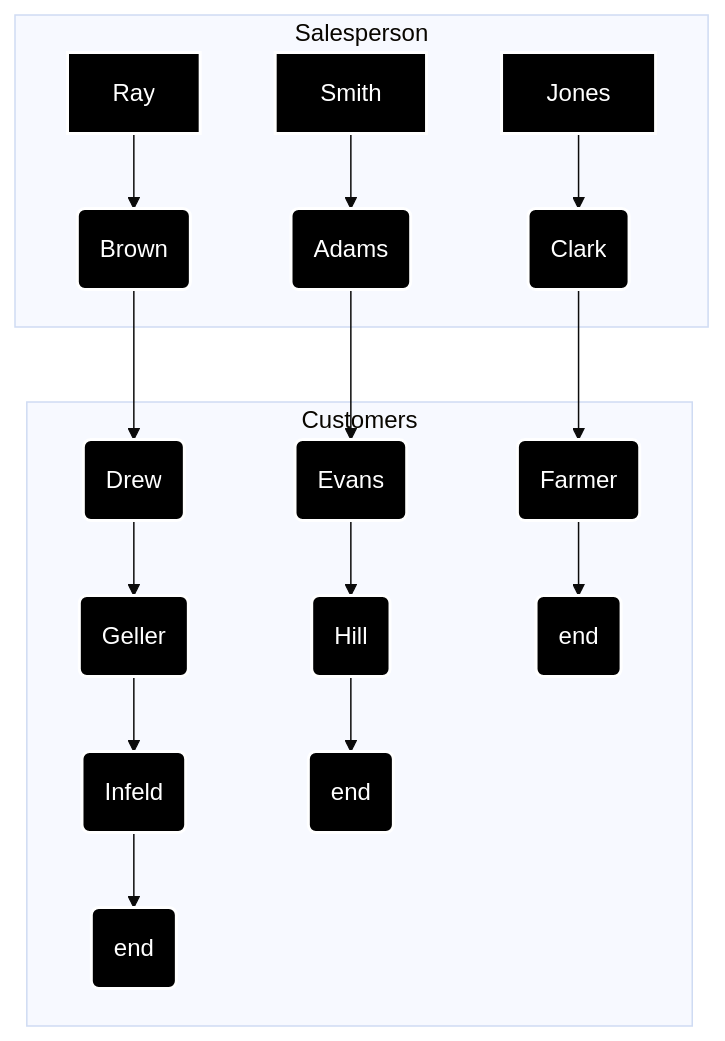
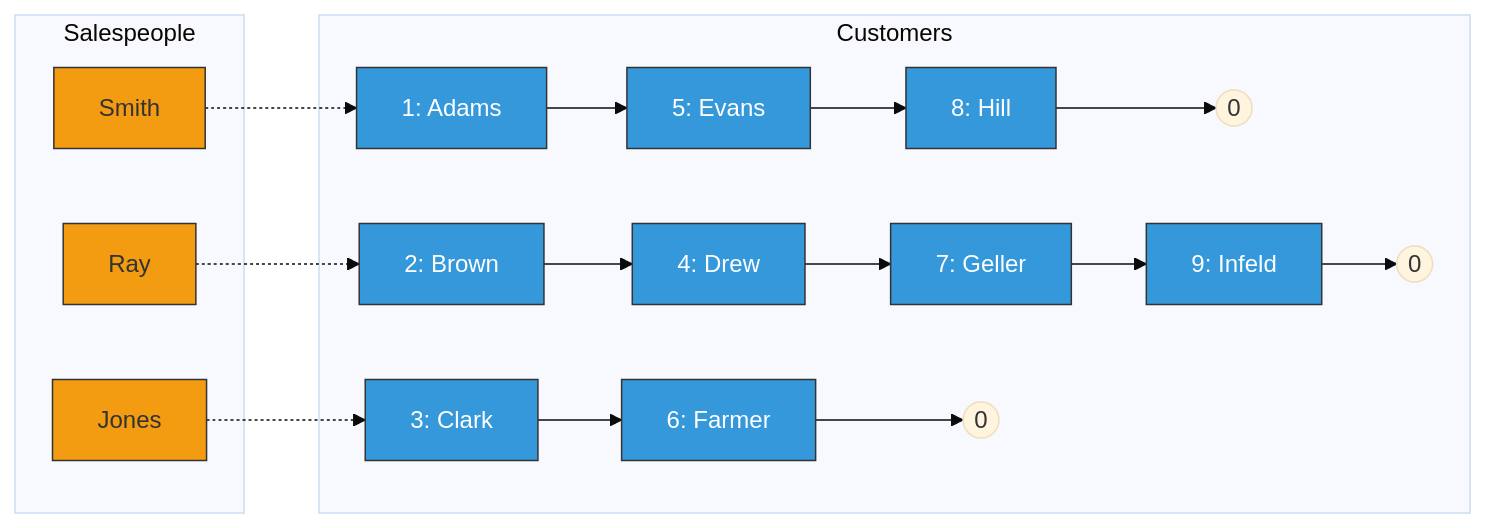
Before and after one commit to M-F-Tushar/CSE-2101-Data-Structure: the third of 17 diagrams in Chapter 1 - Introduction and Overview /README.md, drawn with Mermaid (base theme). The commit also changed other lines of this file, not shown here.

````diff
--- a/Chapter 1 - Introduction and Overview /README.md
+++ b/Chapter 1 - Introduction and Overview /README.md
@@ -424,36 +429,32 @@
 ```mermaid
-graph TD;
-    subgraph Salesperson
-        Jones --> C3(Clark);
-        Ray --> C2(Brown);
-        Smith --> C1(Adams);
+graph LR
+    subgraph Salespeople
+        S1[Smith]
+        S2[Ray]
+        S3[Jones]
     end
 
     subgraph Customers
-        C1(Adams) --> C5(Evans);
-        C2(Brown) --> C4(Drew);
-        C3(Clark) --> C6(Farmer);
-        C4(Drew) --> C7(Geller);
-        C5(Evans) --> C8(Hill);
-        C6(Farmer) --> E1(end);
-        C7(Geller) --> C9(Infeld);
-        C8(Hill) --> E2(end);
-        C9(Infeld) --> E3(end);
+        C1[1: Adams] --> C5[5: Evans] --> C8[8: Hill] --> END1((0))
+        C2[2: Brown] --> C4[4: Drew] --> C7[7: Geller] --> C9[9: Infeld] --> END2((0))
+        C3[3: Clark] --> C6[6: Farmer] --> END3((0))
     end
 
-    style Jones fill:#000,stroke:#fff,stroke-width:2px,color:#fff
-    style Ray fill:#000,stroke:#fff,stroke-width:2px,color:#fff
-    style Smith fill:#000,stroke:#fff,stroke-width:2px,color:#fff
-    style C1 fill:#000,stroke:#fff,stroke-width:2px,color:#fff
-    style C2 fill:#000,stroke:#fff,stroke-width:2px,color:#fff
-    style C3 fill:#000,stroke:#fff,stroke-width:2px,color:#fff
-    style C4 fill:#000,stroke:#fff,stroke-width:2px,color:#fff
-    style C5 fill:#000,stroke:#fff,stroke-width:2px,color:#fff
-    style C6 fill:#000,stroke:#fff,stroke-width:2px,color:#fff
-    style C7 fill:#000,stroke:#fff,stroke-width:2px,color:#fff
-    style C8 fill:#000,stroke:#fff,stroke-width:2px,color:#fff
-    style C9 fill:#000,stroke:#fff,stroke-width:2px,color:#fff
-    style E1 fill:#000,stroke:#fff,stroke-width:2px,color:#fff
-    style E2 fill:#000,stroke:#fff,stroke-width:2px,color:#fff
-    style E3 fill:#000,stroke:#fff,stroke-width:2px,color:#fff
+    S1 -.-> C1
+    S2 -.-> C2
+    S3 -.-> C3
+
+    style S1 fill:#f39c12,stroke:#333
+    style S2 fill:#f39c12,stroke:#333
+    style S3 fill:#f39c12,stroke:#333
+    
+    style C1 fill:#3498db,stroke:#333,color:#fff
+    style C2 fill:#3498db,stroke:#333,color:#fff
+    style C3 fill:#3498db,stroke:#333,color:#fff
+    style C4 fill:#3498db,stroke:#333,color:#fff
+    style C5 fill:#3498db,stroke:#333,color:#fff
+    style C6 fill:#3498db,stroke:#333,color:#fff
+    style C7 fill:#3498db,stroke:#333,color:#fff
+    style C8 fill:#3498db,stroke:#333,color:#fff
+    style C9 fill:#3498db,stroke:#333,color:#fff
 ```
````
